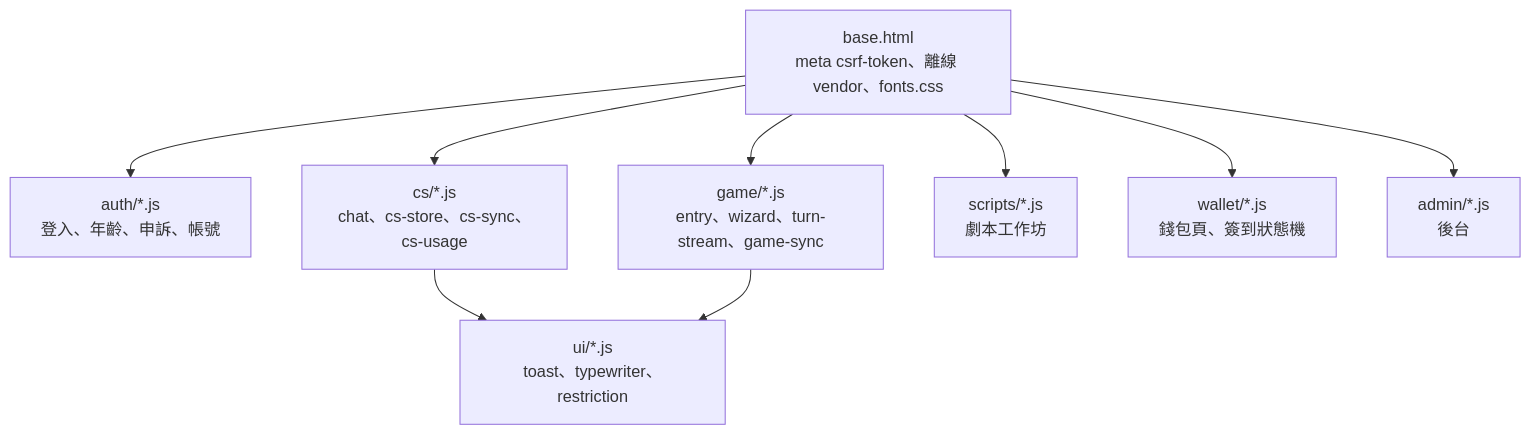
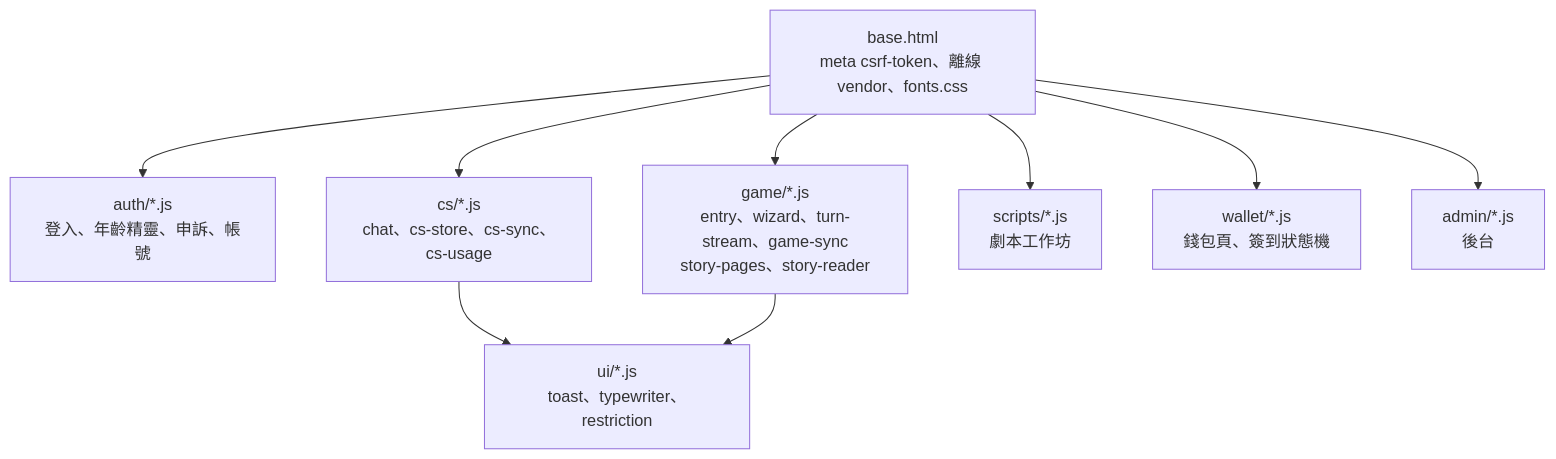
One commit to pp466pp466/R.A.C changed the fifth of 18 diagrams in docs/2.0簡報.md. Above: the diagram before and after it, drawn with Mermaid. The commit also changed other lines of this file and 12 other files, not shown here.

First line of the commit message:
簡報與圖解更新到 2026-11-24，新增 5.0 重點版簡報（含「開發工具」頁）

````diff
--- a/docs/2.0簡報.md
+++ b/docs/2.0簡報.md
@@ -222,12 +224,12 @@
 ```mermaid
 flowchart TD
     Base["base.html<br/>meta csrf-token、離線 vendor、fonts.css"]
-    Base --> Auth["auth/*.js<br/>登入、年齡、申訴、帳號"]
+    Base --> Auth["auth/*.js<br/>登入、年齡精靈、申訴、帳號"]
     Base --> Cs["cs/*.js<br/>chat、cs-store、cs-sync、cs-usage"]
-    Base --> Game["game/*.js<br/>entry、wizard、turn-stream、game-sync"]
+    Base --> Game["game/*.js<br/>entry、wizard、turn-stream、game-sync<br/>story-pages、story-reader"]
     Base --> Scripts["scripts/*.js<br/>劇本工作坊"]
     Base --> Wallet["wallet/*.js<br/>錢包頁、簽到狀態機"]
     Base --> Admin["admin/*.js<br/>後台"]
     Cs --> Ui["ui/*.js<br/>toast、typewriter、restriction"]
     Game --> Ui
 ```
````
